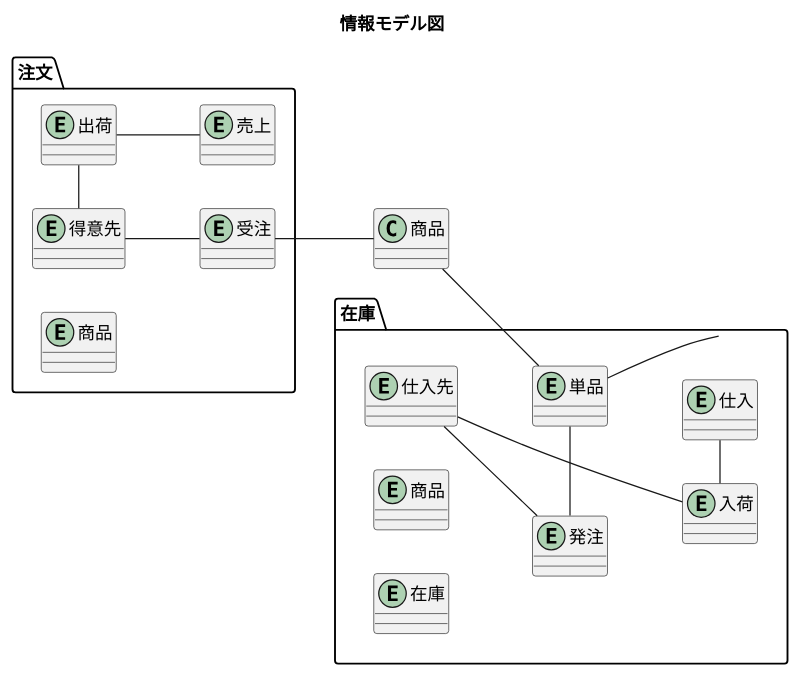
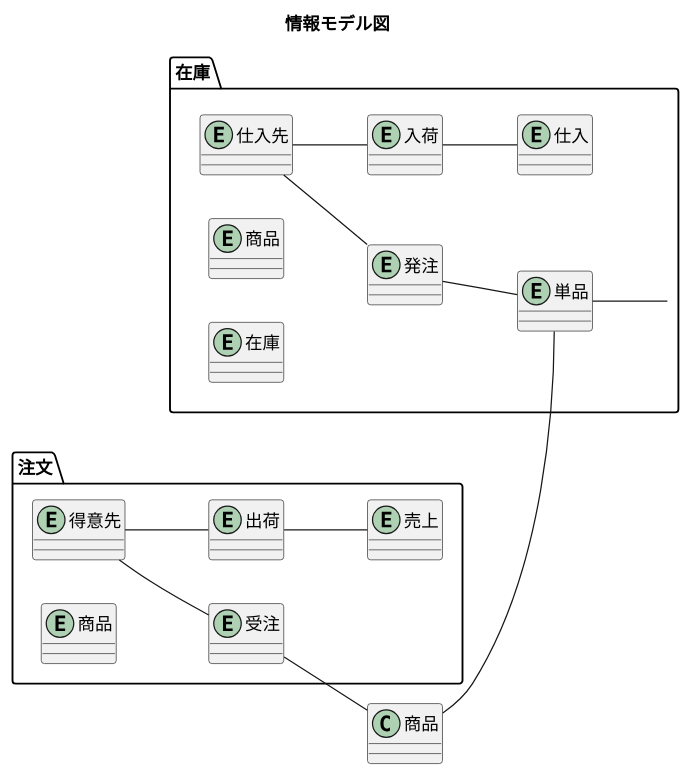
One commit to k2works/application_programing_excercise_2022 changed diagram 33 of 39 in docs/index.adoc. Above: the diagram before and after it, drawn with PlantUML.

Commit message:
docs: ドキュメント更新

```diff
--- a/docs/index.adoc
+++ b/docs/index.adoc
@@ -1054,40 +1054,40 @@
 [plantuml]
 ----
 @startuml
 
 title 情報モデル図
 
 left to right direction
 
 package 注文 {
 entity 得意先
 entity 商品
 entity 受注
 entity 出荷
 entity 売上
 }
 
 package 在庫 {
 entity 単品
 entity 仕入先
 entity 商品
 entity 単品
 entity 発注
 entity 入荷
 entity 在庫
 entity 仕入
 }
 
-得意先 - 出荷
 得意先 -- 受注
+得意先 -- 出荷
+出荷 -- 売上
 受注 -- 商品
 商品 -- 単品
 単品 -- 在庫
-出荷 -- 売上
 仕入先 -- 発注
-仕入先 --- 入荷
-発注 - 単品
-入荷 - 仕入
+発注 -- 単品
+仕入先 -- 入荷
+入荷 -- 仕入
 
 @enduml
 ----
```
